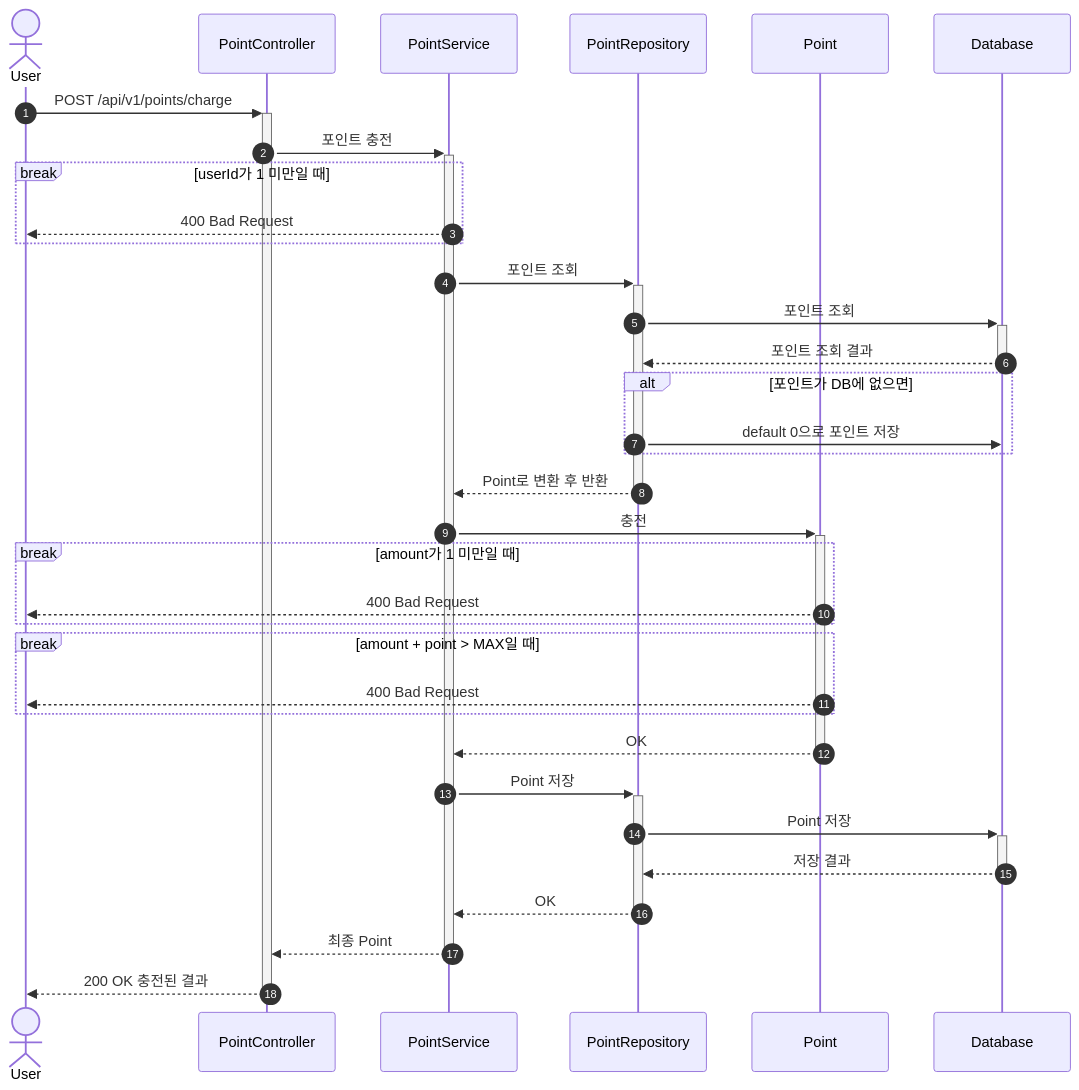
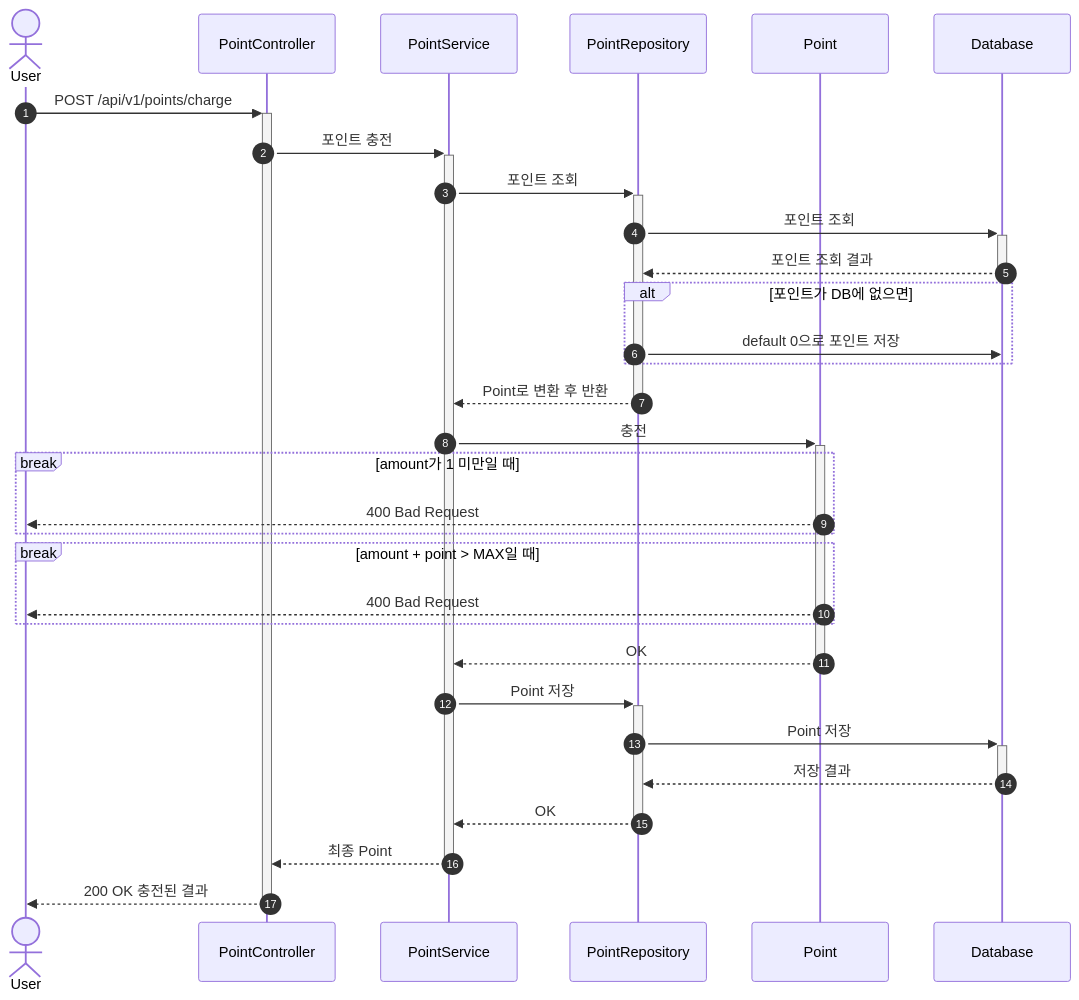
Before and after one commit to jsween5723/commerce: the first of 2 diagrams in docs/point/readme.md, drawn with Mermaid. The commit also changed other lines of this file and 1 other file, not shown here.

Commit message:
docs(sequence): auth 시퀀스 다이어그램 추가 및 그에 맞춰 point 시퀀스 변경

````diff
--- a/docs/point/readme.md
+++ b/docs/point/readme.md
@@ -3,36 +3,33 @@
 ```mermaid
 sequenceDiagram
     autonumber
     actor User
     participant PointController
     participant PointService
     participant PointRepository
     participant Point
     participant Database
     User ->>+ PointController: POST /api/v1/points/charge
     PointController ->>+ PointService: 포인트 충전
-    break userId가 1 미만일 때
-        PointService -->> User: 400 Bad Request
-    end
     PointService ->>+ PointRepository: 포인트 조회
     PointRepository ->>+ Database: 포인트 조회
     Database -->>- PointRepository: 포인트 조회 결과
     alt 포인트가 DB에 없으면
         PointRepository ->> Database: default 0으로 포인트 저장
     end
     PointRepository -->>- PointService: Point로 변환 후 반환
     PointService ->>+ Point: 충전
     break amount가 1 미만일 때
         Point -->> User: 400 Bad Request
     end
     break amount + point > MAX일 때
         Point -->> User: 400 Bad Request
     end
     Point -->>- PointService: OK
     PointService ->>+ PointRepository: Point 저장
     PointRepository ->>+ Database: Point 저장
     Database -->>- PointRepository: 저장 결과
     PointRepository -->>- PointService: OK
     PointService -->>- PointController: 최종 Point
     PointController -->>- User: 200 OK 충전된 결과
 ```
````
